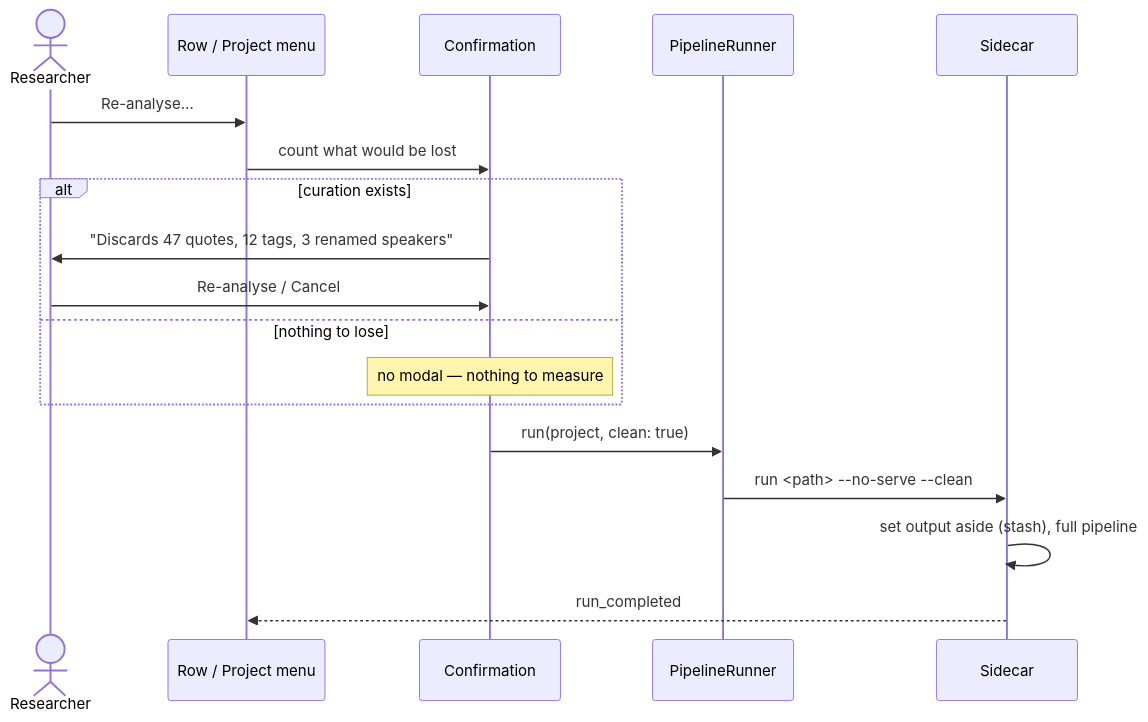
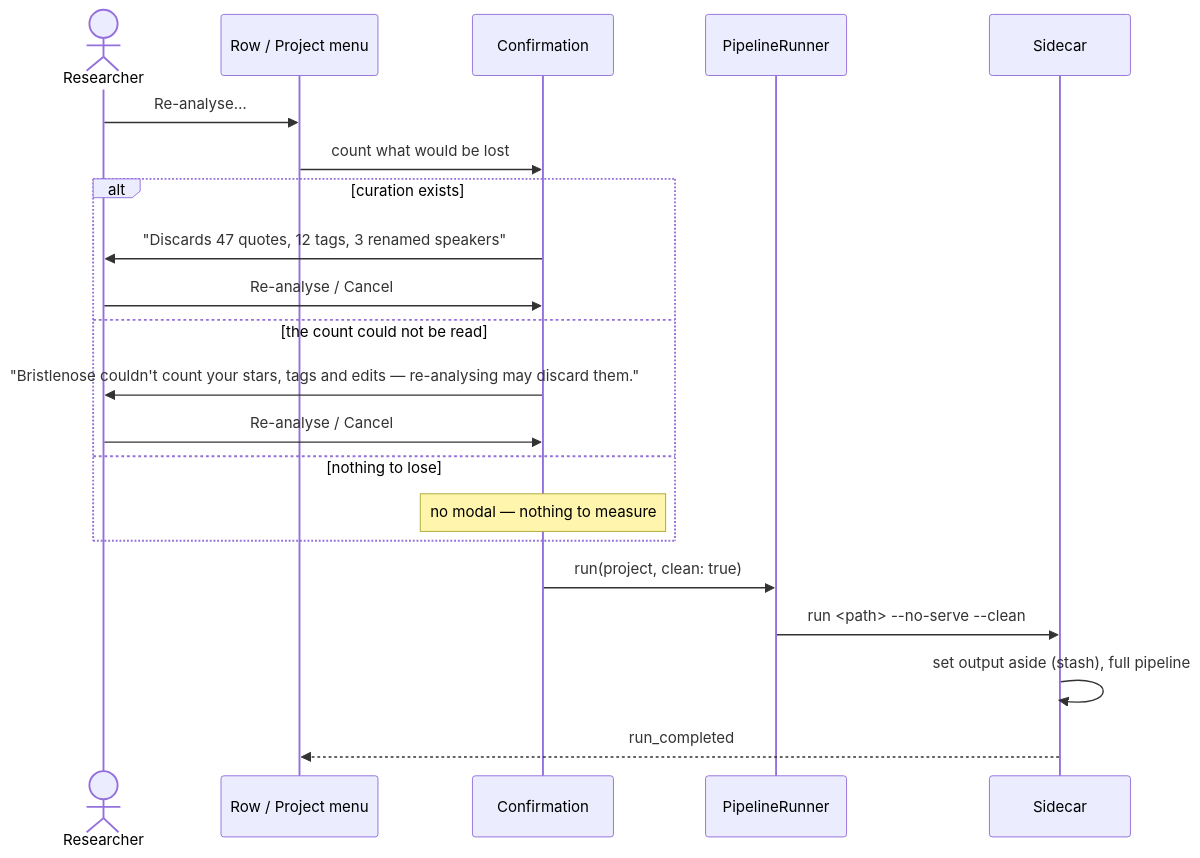
The fourth of 4 diagrams in docs/design-analysis-lifecycle.md (cassiocassio/bristlenose), drawn with Mermaid before and after one commit. The commit also changed other lines of this file and 28 other files, not shown here.

First line of the commit message:
re-analyse asks when it can't count the curation, instead of running --clean unasked (decision #1)

````diff
--- a/docs/design-analysis-lifecycle.md
+++ b/docs/design-analysis-lifecycle.md
@@ -320,21 +321,24 @@
 ```mermaid
 sequenceDiagram
     actor R as Researcher
     participant UI as Row / Project menu
     participant C as Confirmation
     participant PR as PipelineRunner
     participant SC as Sidecar
 
     R->>UI: Re-analyse…
     UI->>C: count what would be lost
     alt curation exists
         C->>R: "Discards 47 quotes, 12 tags, 3 renamed speakers"
         R->>C: Re-analyse / Cancel
+    else the count could not be read
+        C->>R: "Bristlenose couldn't count your stars, tags and edits — re-analysing may discard them."
+        R->>C: Re-analyse / Cancel
     else nothing to lose
         Note over C: no modal — nothing to measure
     end
     C->>PR: run(project, clean: true)
     PR->>SC: run <path> --no-serve --clean
     SC->>SC: set output aside (stash), full pipeline
     SC-->>UI: run_completed
 ```
````
